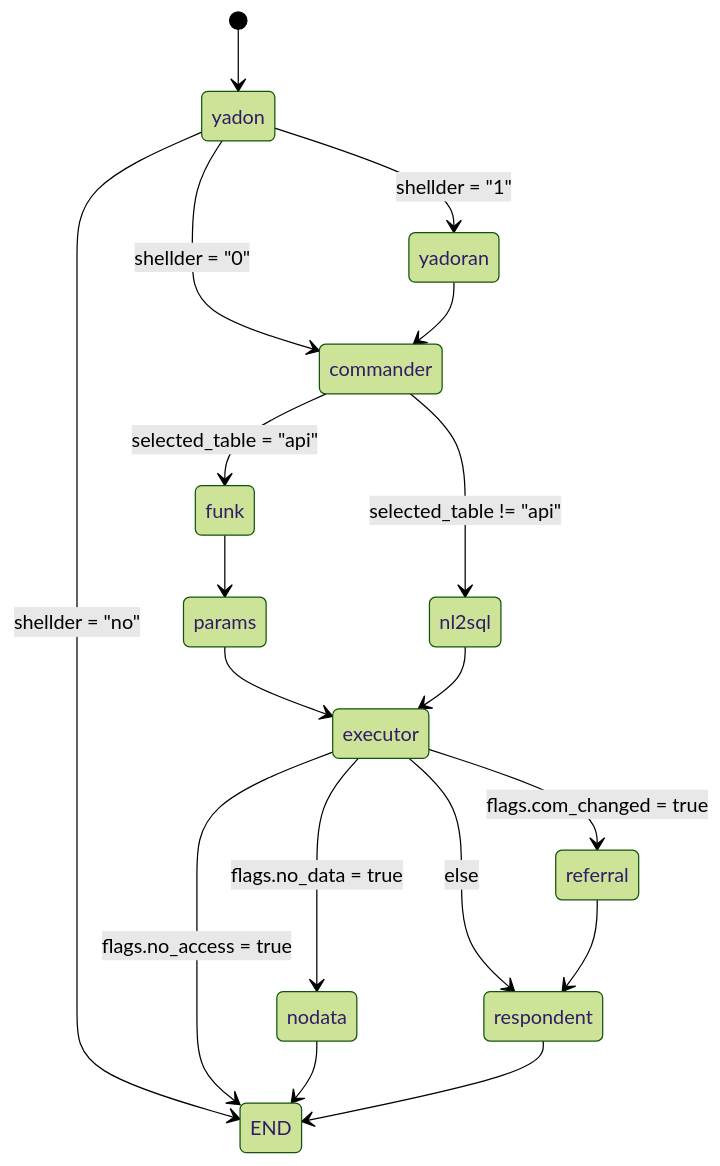
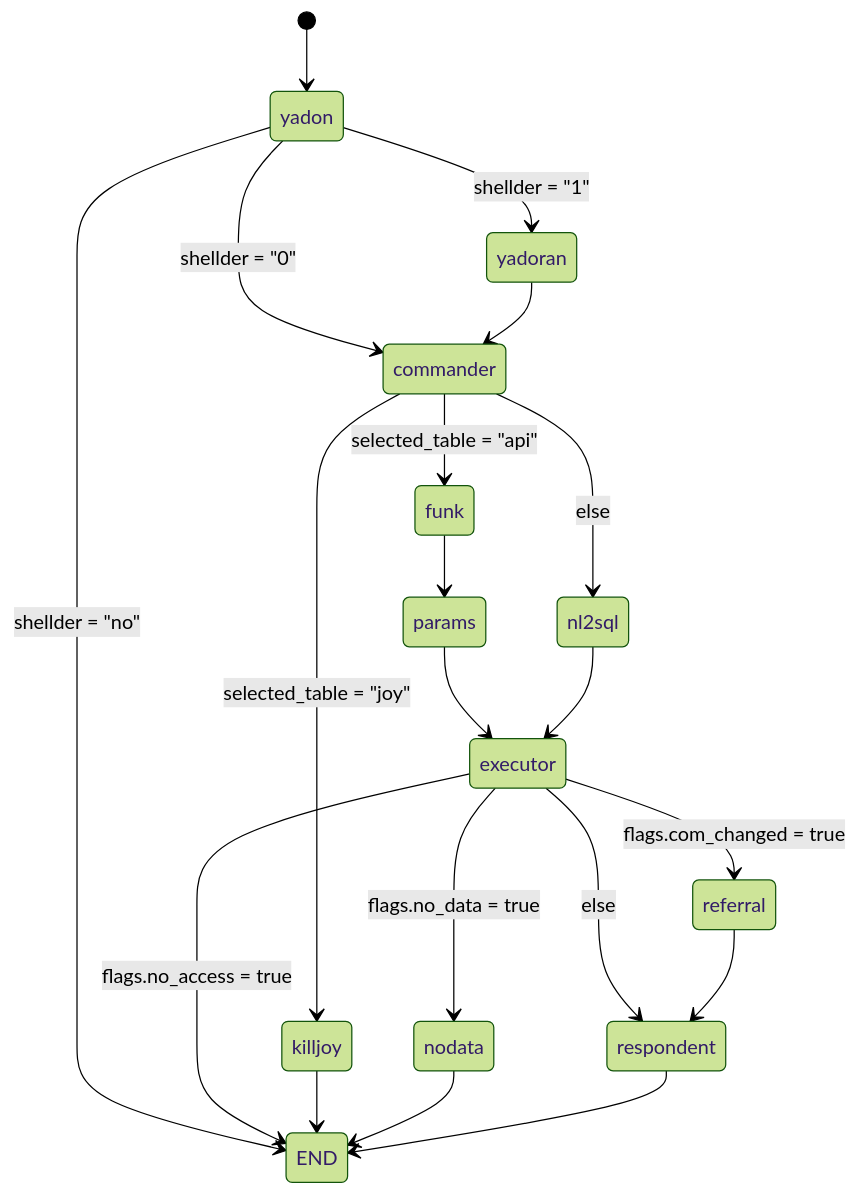
One commit to kangbw0420/QUVI changed the diagram in README.md. Above: the diagram before and after it, drawn with Mermaid (forest theme).

Commit message:
readme update

````diff
--- a/README.md
+++ b/README.md
@@ -2,27 +2,29 @@
 ```mermaid
 stateDiagram-v2
     [*] --> yadon
     
     yadon --> END: shellder = "no"
     yadon --> yadoran: shellder = "1"
     yadon --> commander: shellder = "0"
     
     yadoran --> commander
     
     commander --> funk: selected_table = "api"
-    commander --> nl2sql: selected_table != "api"
+    commander --> killjoy: selected_table = "joy"
+    commander --> nl2sql: else
     
     funk --> params
     params --> executor
     
     nl2sql --> executor
     
     executor --> END: flags.no_access = true
     executor --> nodata: flags.no_data = true
     executor --> referral: flags.com_changed = true
     executor --> respondent: else
     
+    killjoy --> END
     nodata --> END
     referral --> respondent
     respondent --> END
 ```
````
